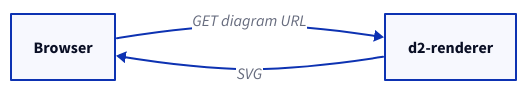
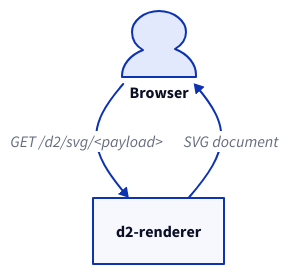
One commit to kanad13/d2-renderer changed the diagram in docs/020-api-reference.md. Above: the diagram before and after it, drawn with D2. The commit also changed other lines of this file and 87 other files, not shown here. The source asks for the TALA layout; these drawings use dagre instead.

````diff
--- a/docs/020-api-reference.md
+++ b/docs/020-api-reference.md
@@ -78,10 +78,18 @@
 ```d2
 vars: {
   d2-config: {
-    layout-engine: dagre
+    layout-engine: tala
+    pad: 24
+    theme-id: 0
+    dark-theme-id: 200
   }
 }
-direction: right
-Browser -> d2-renderer: GET diagram URL
-d2-renderer -> Browser: SVG
+
+browser: Browser {
+  shape: person
+}
+renderer: d2-renderer
+
+browser -> renderer: "GET /d2/svg/<payload>"
+renderer -> browser: SVG document
 ```
````
